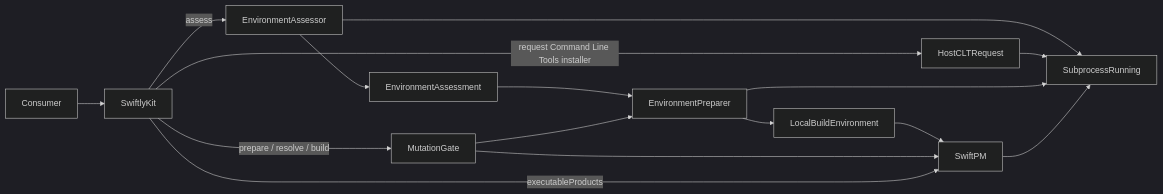
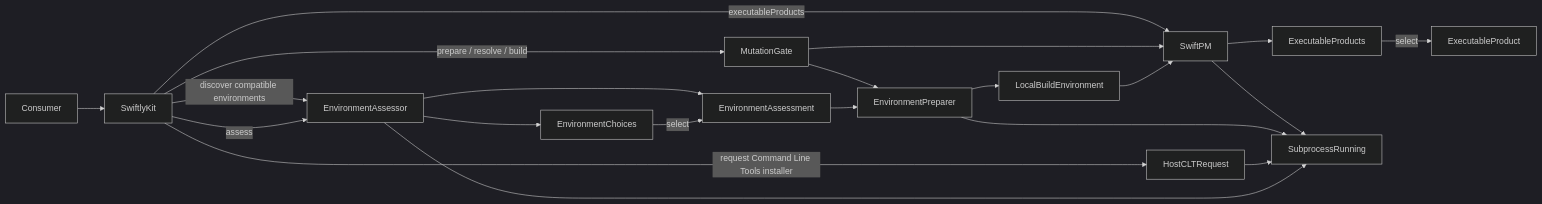
Before and after one commit to mottzi/SwiftlyKit: the diagram in Documentation/Architecture.md, drawn with Mermaid (dark theme). The commit also changed other lines of this file and 21 other files, not shown here.

````diff
--- a/Documentation/Architecture.md
+++ b/Documentation/Architecture.md
@@ -7,18 +7,23 @@
 ```mermaid
 flowchart LR
     Consumer --> Facade[SwiftlyKit]
     Facade -->|request Command Line Tools installer| Requester[HostCLTRequest]
     Facade -->|assess| Assessor[EnvironmentAssessor]
+    Facade -->|discover compatible environments| Assessor
+    Assessor --> Choices[EnvironmentChoices]
+    Choices -->|select| Assessment
     Assessor --> Assessment[EnvironmentAssessment]
     Assessment --> Preparer[EnvironmentPreparer]
     Preparer --> Environment[LocalBuildEnvironment]
     Environment --> SwiftPM
+    SwiftPM --> Products[ExecutableProducts]
+    Products -->|select| Product[ExecutableProduct]
     Facade -->|prepare / resolve / build| Gate[MutationGate]
     Gate --> Preparer
     Gate --> SwiftPM
     Facade -->|executableProducts| SwiftPM
     Assessor --> Subprocess[SubprocessRunning]
     Requester --> Subprocess
     Preparer --> Subprocess
     SwiftPM --> Subprocess
 ```
````
